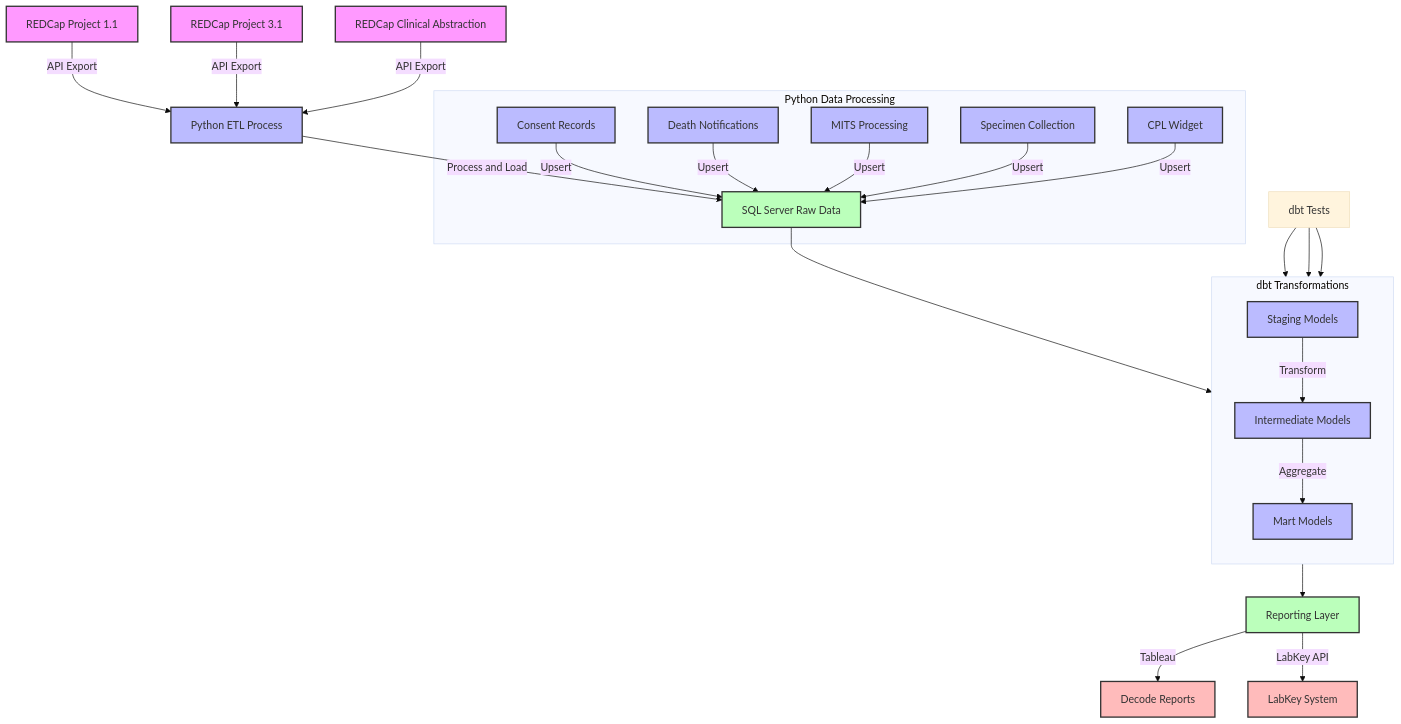
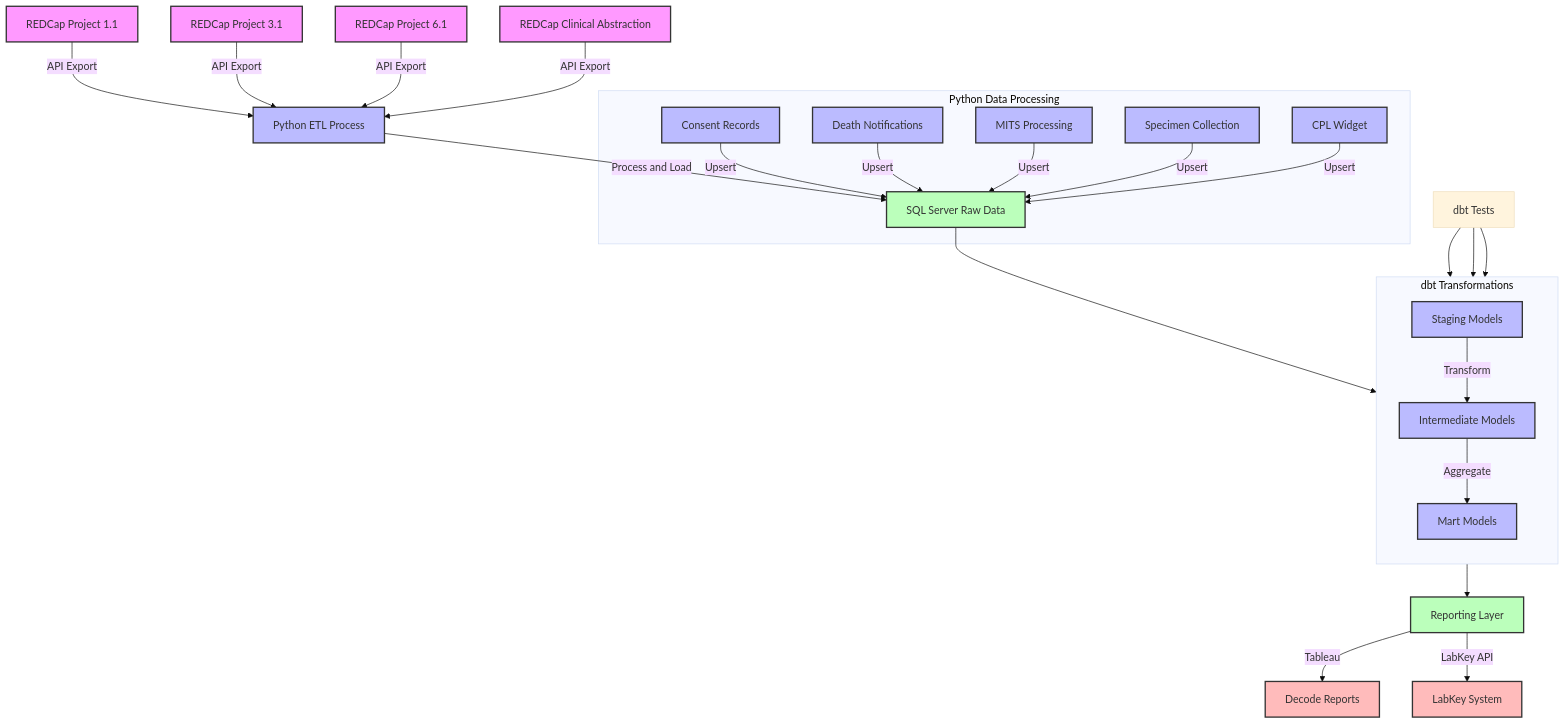
Before and after one commit to champshealth/hiv_project_etl: the diagram in README.md, drawn with Mermaid (base theme). The commit also changed other lines of this file, not shown here.

````diff
--- a/README.md
+++ b/README.md
@@ -185,52 +186,53 @@
 ```mermaid
 graph TD
     %% Data Sources
     REDCAP11[REDCap Project 1.1] -->|API Export| PYTHON_ETL[Python ETL Process]
     REDCAP31[REDCap Project 3.1] -->|API Export| PYTHON_ETL
+    REDCAP61[REDCap Project 6.1] -->|API Export| PYTHON_ETL
     REDCAP_CA[REDCap Clinical Abstraction] -->|API Export| PYTHON_ETL
     
     %% Python Processing
     PYTHON_ETL -->|Process and Load| RAW_DB[SQL Server Raw Data]
     
     %% dbt Transformations
     subgraph "dbt Transformations"
         direction TB
         STG[Staging Models] -->|Transform| INT[Intermediate Models]
         INT -->|Aggregate| MART[Mart Models]
     end
     
     %% Data Flow
     RAW_DB --> STG
     MART --> REPORTING[Reporting Layer]
     
     %% Data Quality
     DBT_TESTS[dbt Tests] --> STG
     DBT_TESTS --> INT
     DBT_TESTS --> MART
     
     %% Data Destinations
     REPORTING -->|Tableau| DECODE_REPORTS[Decode Reports]
     REPORTING -->|LabKey API| LABKEY[LabKey System]
     
     %% Additional Data Processing
     subgraph "Python Data Processing"
         CONSENT[Consent Records]
         DEATH[Death Notifications]
         MITS[MITS Processing]
         SPECIMEN[Specimen Collection]
         CPL[CPL Widget]
         
         CONSENT & DEATH & MITS & SPECIMEN & CPL -->|Upsert| RAW_DB
     end
     
     %% Styling
     classDef source fill:#f9f,stroke:#333,stroke-width:2px;
     classDef process fill:#bbf,stroke:#333,stroke-width:2px;
     classDef storage fill:#bfb,stroke:#333,stroke-width:2px;
     classDef destination fill:#fbb,stroke:#333,stroke-width:2px;
     
-    class REDCAP11,REDCAP31,REDCAP_CA source;
+    class REDCAP11,REDCAP31,REDCAP61,REDCAP_CA source;
     class PYTHON_ETL,STG,INT,MART,CONSENT,DEATH,MITS,SPECIMEN,CPL process;
     class RAW_DB,REPORTING storage;
     class DECODE_REPORTS,LABKEY destination;
 ```
````
